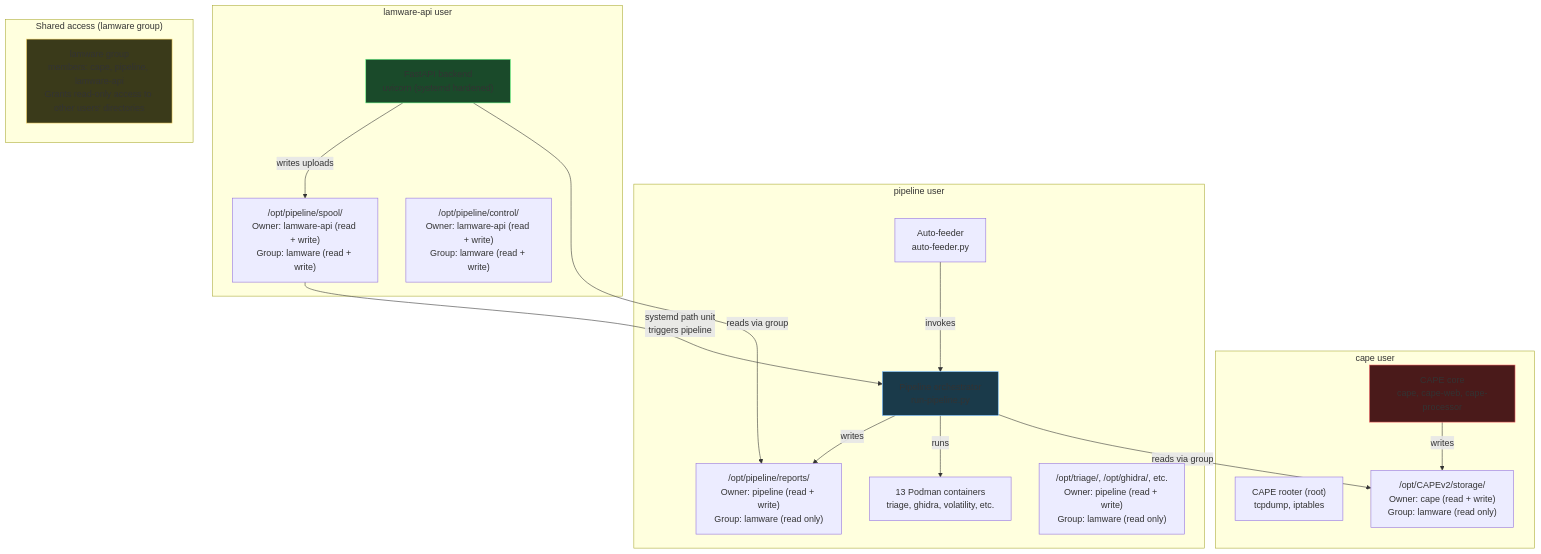
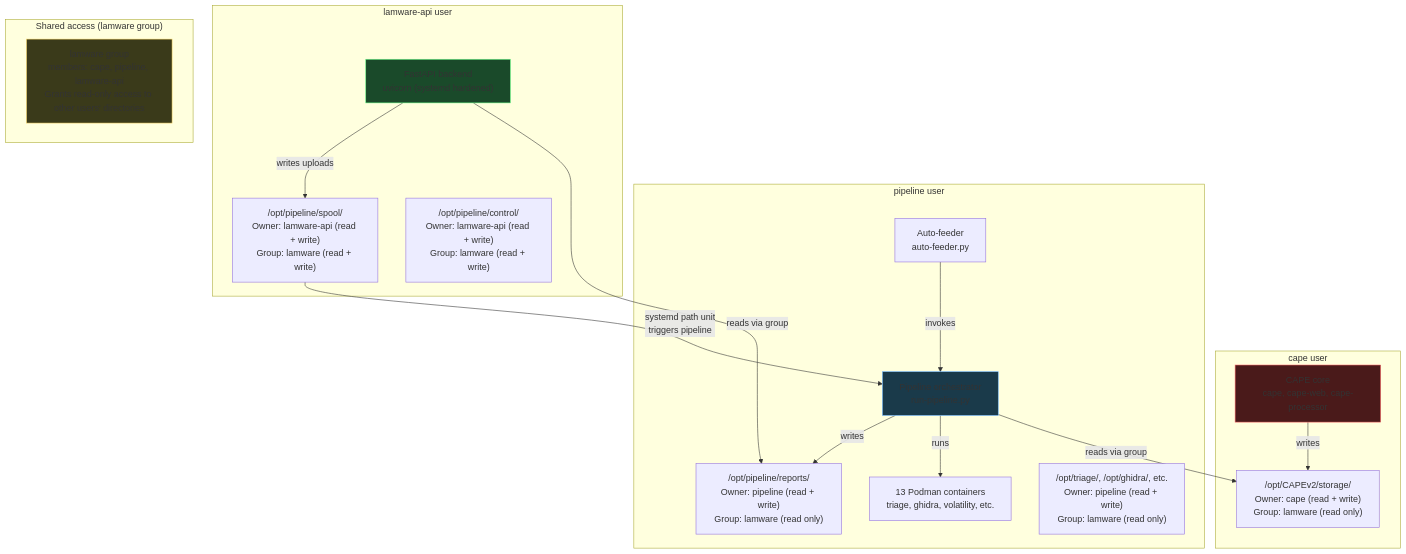
One commit to chrisshaiman/lamware changed the diagram in README.md. Above: the diagram before and after it, drawn with Mermaid.

Commit message:
docs: remove cape rooter from user separation diagram
Rooter runs as root, not cape — not part of the lamware group
access model. Cluttered the diagram without adding clarity.

````diff
--- a/README.md
+++ b/README.md
@@ -247,41 +247,40 @@
 ```mermaid
 graph TB
     subgraph "cape user"
         CAPE_CORE["CAPE core<br/>cape, cape-web, cape-processor"]
-        CAPE_ROOTER["CAPE rooter (root)<br/>tcpdump, iptables"]
         CAPE_STORAGE["/opt/CAPEv2/storage/<br/>Owner: cape (read + write)<br/>Group: lamware (read only)"]
     end
 
     subgraph "pipeline user"
         PIPELINE["Pipeline orchestrator<br/>run-pipeline.py"]
         AUTOFEEDER["Auto-feeder<br/>auto-feeder.py"]
         CONTAINERS["13 Podman containers<br/>triage, ghidra, volatility, etc."]
         REPORTS["/opt/pipeline/reports/<br/>Owner: pipeline (read + write)<br/>Group: lamware (read only)"]
         TOOLS["/opt/triage/, /opt/ghidra/, etc.<br/>Owner: pipeline (read + write)<br/>Group: lamware (read only)"]
     end
 
     subgraph "lamware-api user"
         API["FastAPI backend<br/>uvicorn (systemd hardened)"]
         SPOOL["/opt/pipeline/spool/<br/>Owner: lamware-api (read + write)<br/>Group: lamware (read + write)"]
         CONTROL["/opt/pipeline/control/<br/>Owner: lamware-api (read + write)<br/>Group: lamware (read + write)"]
     end
 
     subgraph "Shared access (lamware group)"
         direction LR
         LAMWARE_GROUP["lamware group<br/>members: cape, pipeline, lamware-api<br/>Grants read-only access to other users' directories"]
     end
 
     CAPE_CORE -->|writes| CAPE_STORAGE
     PIPELINE -->|reads via group| CAPE_STORAGE
     PIPELINE -->|runs| CONTAINERS
     PIPELINE -->|writes| REPORTS
     API -->|reads via group| REPORTS
     API -->|writes uploads| SPOOL
     SPOOL -->|systemd path unit<br/>triggers pipeline| PIPELINE
     AUTOFEEDER -->|invokes| PIPELINE
 
     style CAPE_CORE fill:#4a1a1a,stroke:#ff6b6b
     style PIPELINE fill:#1a3a4a,stroke:#6bb5ff
     style API fill:#1a4a2a,stroke:#6bff8b
     style LAMWARE_GROUP fill:#3a3a1a,stroke:#ffdb6b
 ```
````
